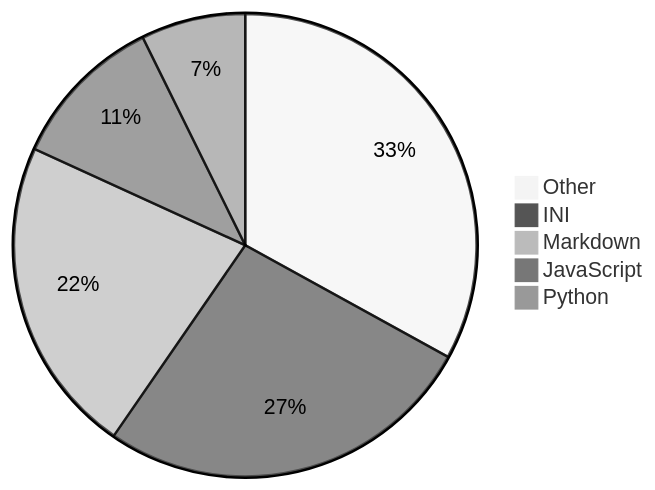
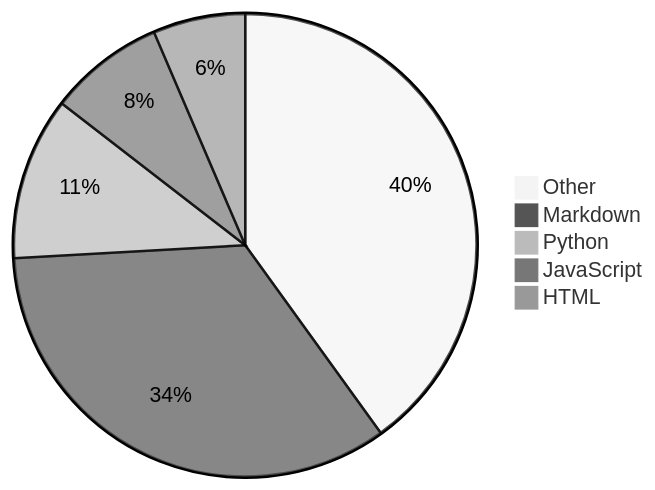
The diagram in README.md (Alicia111/alicia111), drawn with Mermaid (neutral theme) before and after one commit.

Commit message:
Update WakaTime stats (・ω・)b

````diff
--- a/README.md
+++ b/README.md
@@ -32,8 +32,8 @@
 ```mermaid
 pie
-    "Other" : 27.61
-    "INI" : 22.25
-    "Markdown" : 18.57
-    "JavaScript" : 9.11
-    "Python" : 6.1
+    "Other" : 35.2
+    "Markdown" : 29.93
+    "Python" : 9.99
+    "JavaScript" : 7.11
+    "HTML" : 5.66
 ```
````
